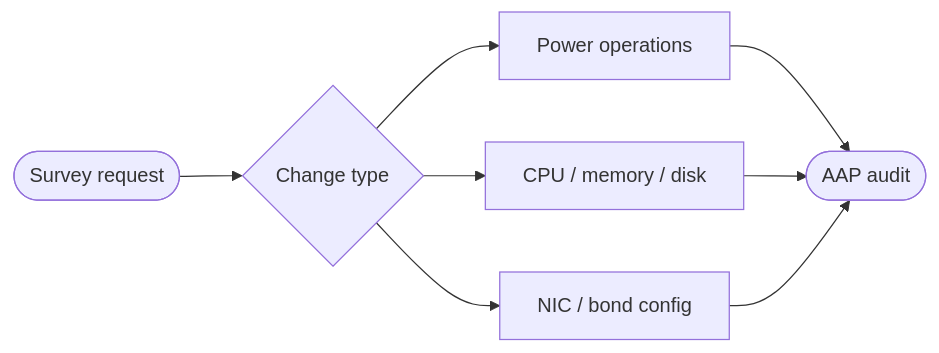
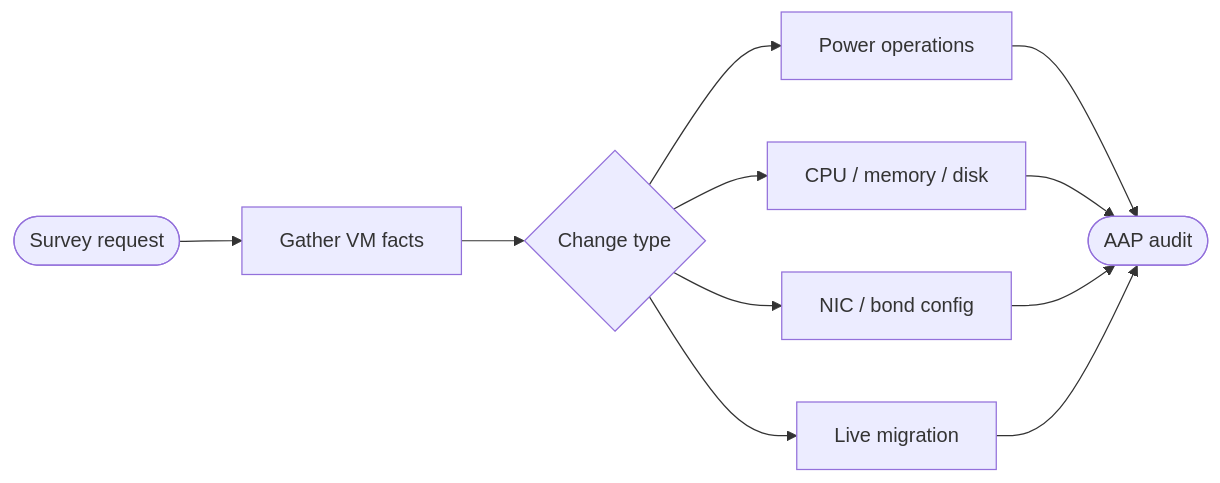
The diagram in README-Virtualization-Use-Case-08-Lifecycle-Management.md (ansible-tmm/solution-guides), drawn with Mermaid before and after one commit. The commit also changed other lines of this file and 9 other files, not shown here.

````diff
--- a/README-Virtualization-Use-Case-08-Lifecycle-Management.md
+++ b/README-Virtualization-Use-Case-08-Lifecycle-Management.md
@@ -49,10 +52,13 @@
 ```mermaid
 graph LR
-  Request([Survey request]) --> Decide{Change type}
+  Request([Survey request]) --> Facts[Gather VM facts]
+  Facts --> Decide{Change type}
   Decide --> Power[Power operations]
   Decide --> Scale[CPU / memory / disk]
   Decide --> Net[NIC / bond config]
+  Decide --> Migrate[Live migration]
   Power --> Done([AAP audit])
   Scale --> Done
   Net --> Done
+  Migrate --> Done
 ```
````
